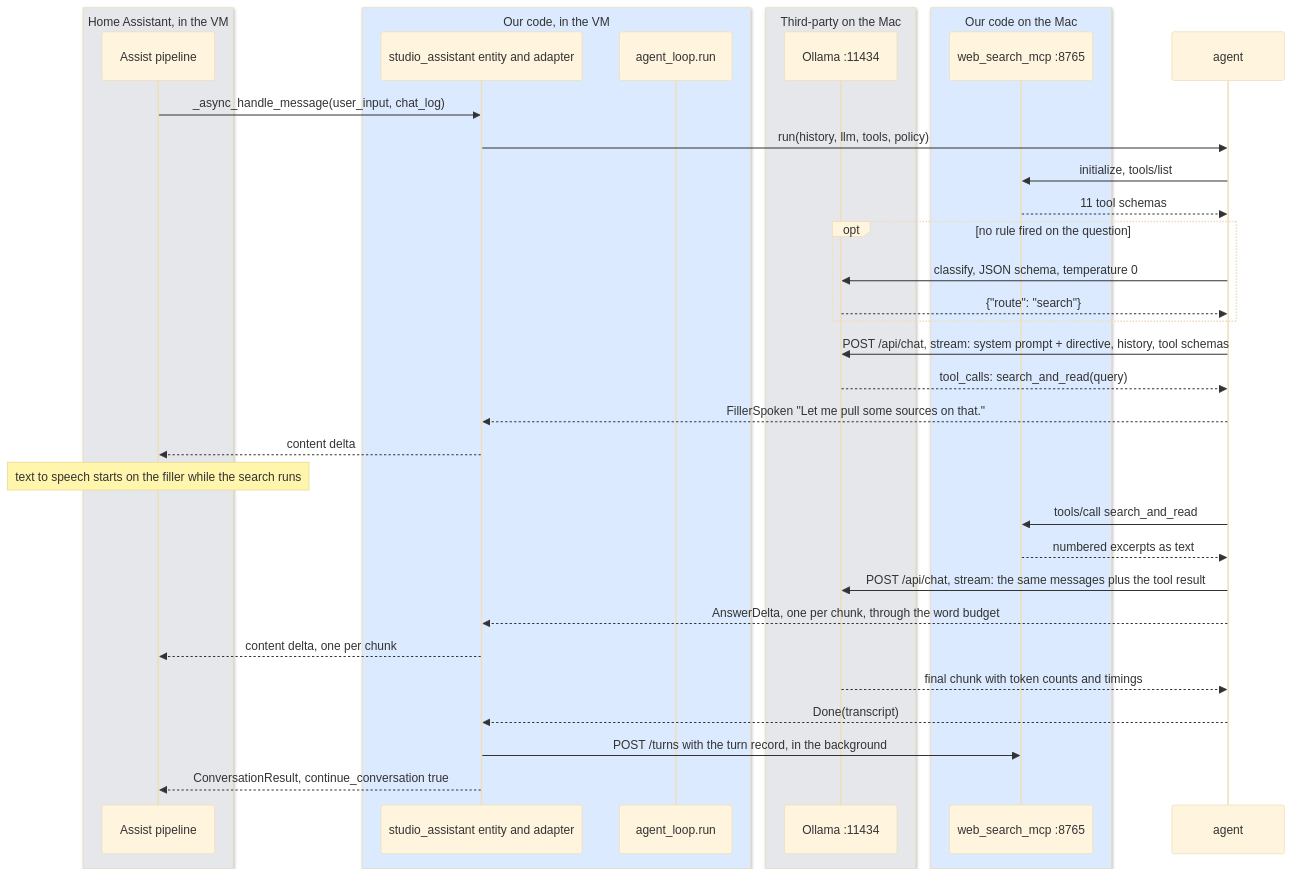
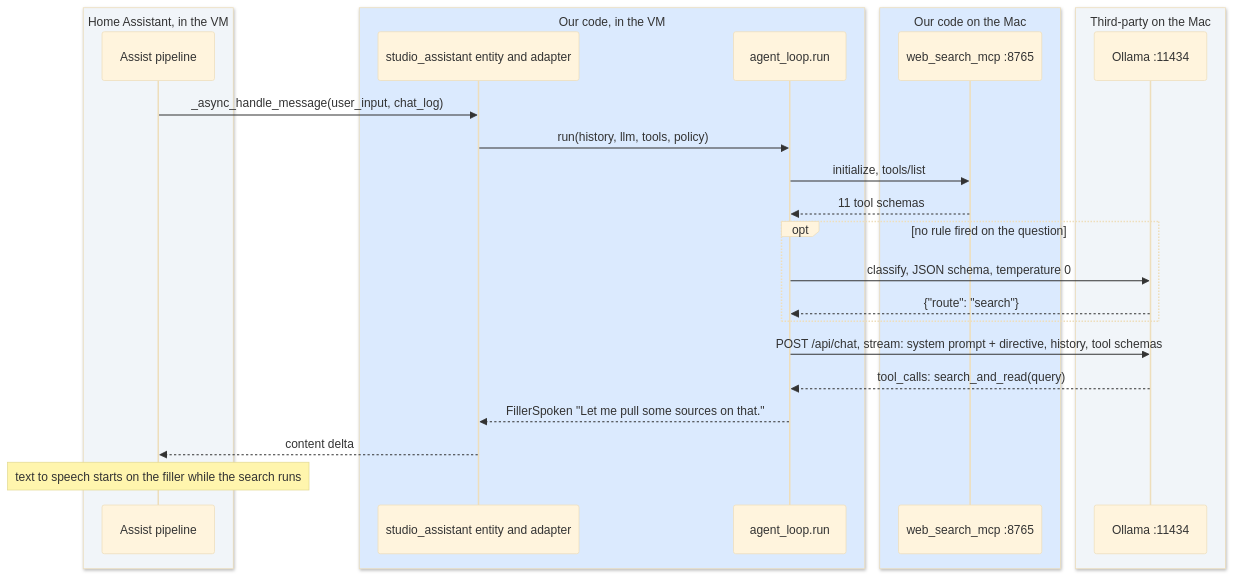
The third of 5 diagrams in operator_manual/04_conversation_agent.md (seanlin2000/home_assistant), drawn with Mermaid (base theme) before and after one commit. The commit also changed other lines of this file and 33 other files, not shown here.

First line of the commit message:
Diagrams rendered at build time by ELK with a light theme, redrawn as layers; the manual becomes the Home Assistant Handbook

````diff
--- a/operator_manual/04_conversation_agent.md
+++ b/operator_manual/04_conversation_agent.md
@@ -124,38 +130,29 @@
 ```mermaid
 sequenceDiagram
-    box rgb(229,231,235) Home Assistant, in the VM
+    box rgb(241,245,249) Home Assistant, in the VM
         participant ha as Assist pipeline
     end
     box rgb(219,234,254) Our code, in the VM
         participant comp as studio_assistant entity and adapter
-        participant loop as agent_loop.run
-    end
-    box rgb(229,231,235) Third-party on the Mac
-        participant ollama as Ollama :11434
+        participant agent as agent_loop.run
     end
     box rgb(219,234,254) Our code on the Mac
         participant mcp as web_search_mcp :8765
+    end
+    box rgb(241,245,249) Third-party on the Mac
+        participant ollama as Ollama :11434
     end
     ha->>comp: _async_handle_message(user_input, chat_log)
     comp->>agent: run(history, llm, tools, policy)
     agent->>mcp: initialize, tools/list
     mcp-->>agent: 11 tool schemas
     opt no rule fired on the question
         agent->>ollama: classify, JSON schema, temperature 0
         ollama-->>agent: {"route": "search"}
     end
     agent->>ollama: POST /api/chat, stream: system prompt + directive, history, tool schemas
     ollama-->>agent: tool_calls: search_and_read(query)
     agent-->>comp: FillerSpoken "Let me pull some sources on that."
     comp-->>ha: content delta
     Note over ha: text to speech starts on the filler while the search runs
-    agent->>mcp: tools/call search_and_read
-    mcp-->>agent: numbered excerpts as text
-    agent->>ollama: POST /api/chat, stream: the same messages plus the tool result
-    agent-->>comp: AnswerDelta, one per chunk, through the word budget
-    comp-->>ha: content delta, one per chunk
-    ollama-->>agent: final chunk with token counts and timings
-    agent-->>comp: Done(transcript)
-    comp->>mcp: POST /turns with the turn record, in the background
-    comp-->>ha: ConversationResult, continue_conversation true
 ```
````
